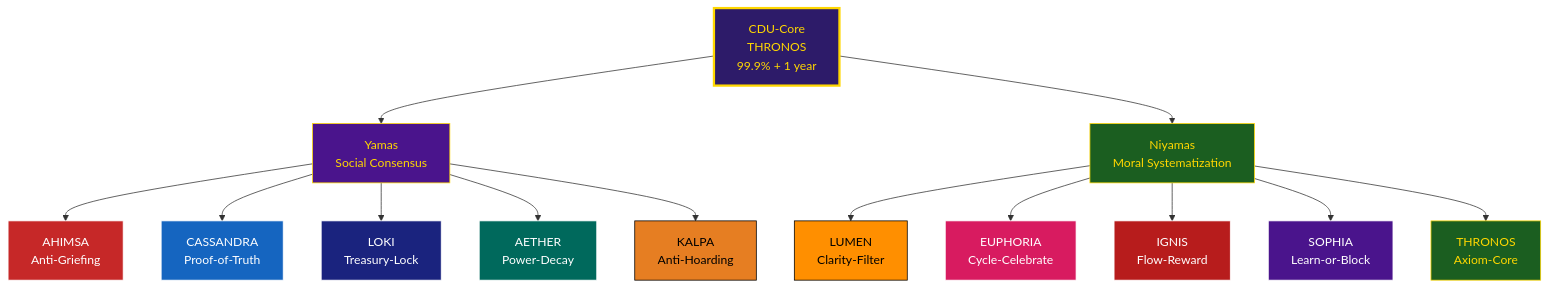
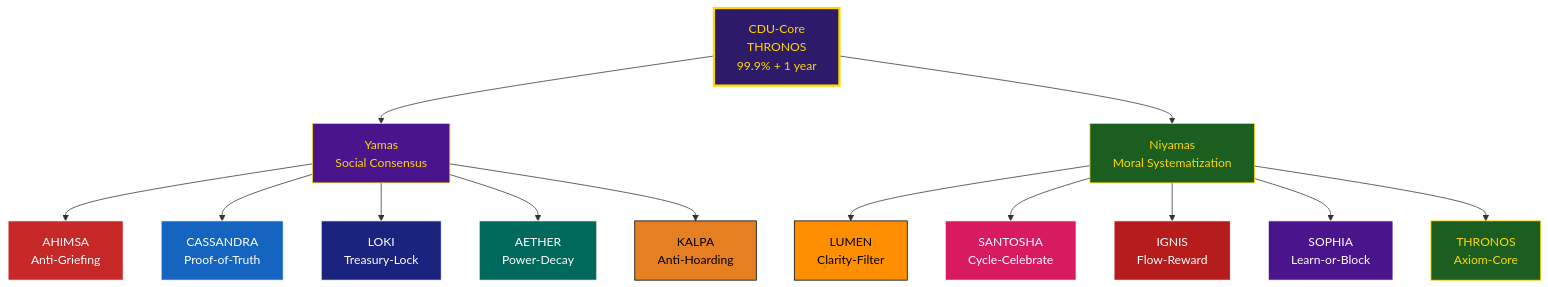
The diagram in D.Esentya/Cosmowasm/CDU baby !/CDU_ENG.md (Delirium-Monkey-D-Luffy/D.Yoga), drawn with Mermaid before and after one commit. The commit also changed other lines of this file and 24 other files, not shown here.

````diff
--- a/D.Esentya/Cosmowasm/CDU baby !/CDU_ENG.md
+++ b/D.Esentya/Cosmowasm/CDU baby !/CDU_ENG.md
@@ -71,31 +71,31 @@
 ```mermaid
 graph TD
     A[CDU-Core<br>THRONOS<br>99.9% + 1 year] --> B[Yamas<br>Social Consensus]
     A --> C[Niyamas<br>Moral Systematization]
 
     B --> D[AHIMSA<br>Anti-Griefing]
     B --> E[CASSANDRA<br>Proof-of-Truth]
     B --> F[LOKI<br>Treasury-Lock]
     B --> G[AETHER<br>Power-Decay]
     B --> H[KALPA<br>Anti-Hoarding]
 
     C --> I[LUMEN<br>Clarity-Filter]
-    C --> J[EUPHORIA<br>Cycle-Celebrate]
+    C --> J[SANTOSHA<br>Cycle-Celebrate]
     C --> K[IGNIS<br>Flow-Reward]
     C --> L[SOPHIA<br>Learn-or-Block]
     C --> M[THRONOS<br>Axiom-Core]
 
     style A fill:#2d1b69,stroke:#ffd700,stroke-width:3px,color:#ffd700
     style B fill:#4a148c,stroke:#ffd700,color:#ffd700
     style C fill:#1b5e20,stroke:#ffd700,color:#ffd700
     style D fill:#c62828,stroke:#fff,color:#fff
     style E fill:#1565c0,stroke:#fff,color:#fff
     style F fill:#1a237e,stroke:#fff,color:#fff
     style G fill:#00695c,stroke:#fff,color:#fff
     style H fill:#e67e22,stroke:#000,color:#000
     style I fill:#ff8f00,stroke:#000,color:#000
     style J fill:#d81b60,stroke:#fff,color:#fff
     style K fill:#b71c1c,stroke:#fff,color:#fff
     style L fill:#4a148c,stroke:#fff,color:#fff
     style M fill:#1b5e20,stroke:#ffd700,color:#ffd700
 ```
````
